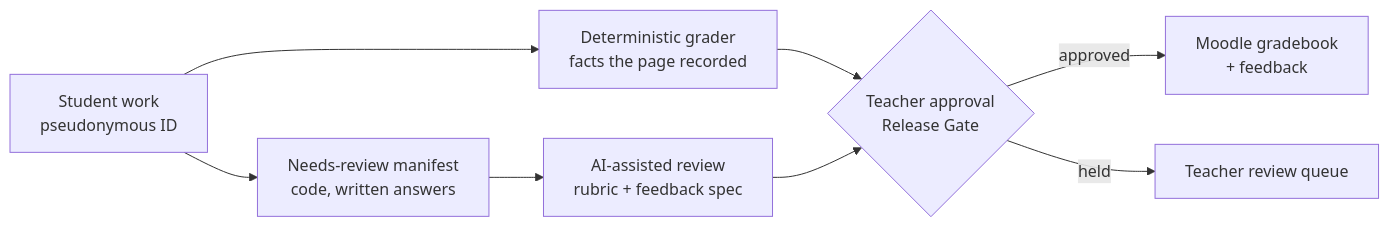
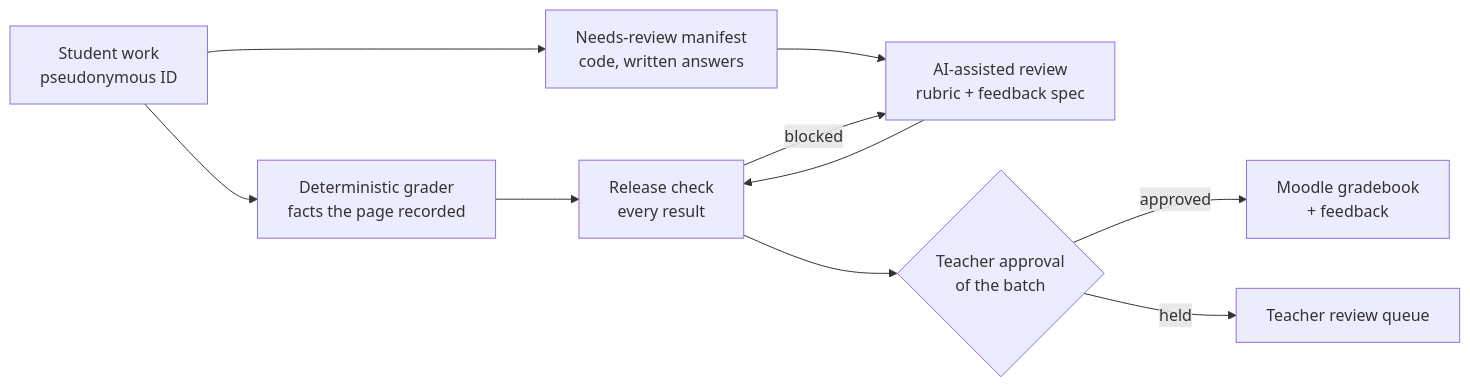
The diagram in README.md (jalex929/foxcs-showcase), drawn with Mermaid before and after one commit. The commit also changed other lines of this file, not shown here.

First line of the commit message:
README: release check section (#3)

````diff
--- a/README.md
+++ b/README.md
@@ -21,10 +21,12 @@
 ```mermaid
 flowchart LR
     S[Student work<br/>pseudonymous ID] --> D[Deterministic grader<br/>facts the page recorded]
     S --> M[Needs-review manifest<br/>code, written answers]
     M --> A[AI-assisted review<br/>rubric + feedback spec]
-    D --> T{Teacher approval<br/>Release Gate}
-    A --> T
+    A --> C[Release check<br/>every result]
+    D --> C
+    C -->|blocked| A
+    C --> T{Teacher approval<br/>of the batch}
     T -->|approved| L[Moodle gradebook<br/>+ feedback]
     T -->|held| R[Teacher review queue]
 ```
````
